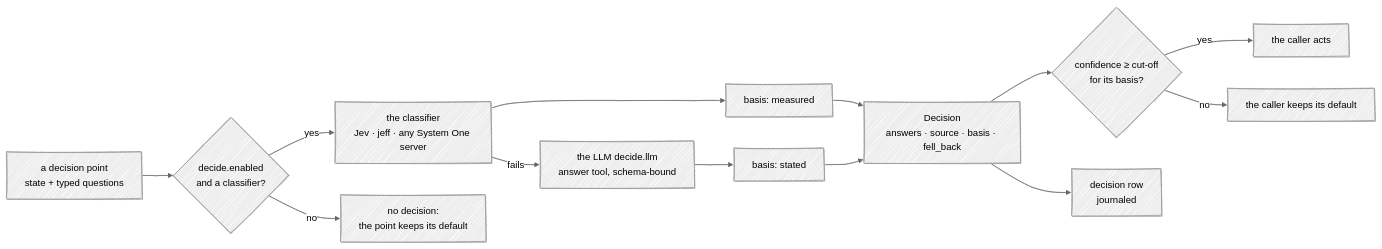
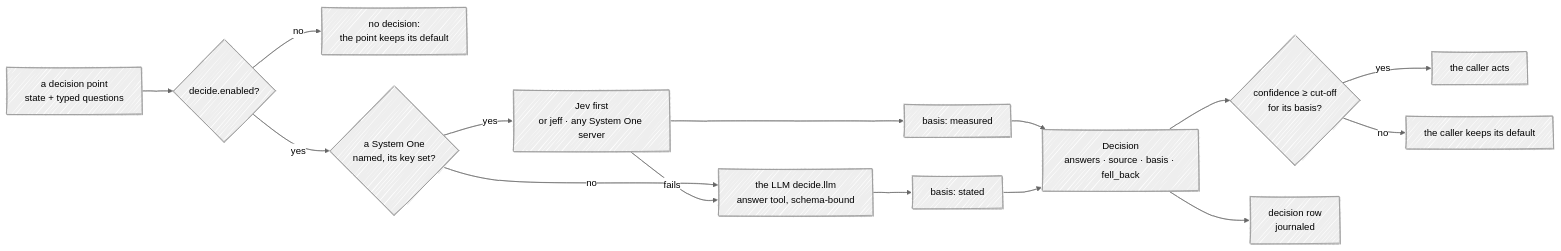
One commit to Kaginari/mnemorph changed the third of 3 diagrams in docs/05-architecture.md. Above: the diagram before and after it, drawn with Mermaid. The commit also changed other lines of this file and 10 other files, not shown here.

First line of the commit message:
decisions: Jev first, and the LLM answers when no System One is there

````diff
--- a/docs/05-architecture.md
+++ b/docs/05-architecture.md
@@ -1820,19 +1824,21 @@
 ```mermaid
 ---
 config:
   look: handDrawn
   theme: neutral
 ---
 flowchart LR
-    Q["a decision point<br/>state + typed questions"] --> V{"decide.enabled<br/>and a classifier?"}
-    V -- yes --> S["the classifier<br/>Jev · jeff · any System One server"]
+    Q["a decision point<br/>state + typed questions"] --> V{"decide.enabled?"}
     V -- no --> OFF["no decision:<br/>the point keeps its default"]
-    S -- fails --> L["the LLM decide.llm<br/>answer tool, schema-bound"]
+    V -- yes --> J{"a System One<br/>named, its key set?"}
+    J -- yes --> S["Jev first<br/>or jeff · any System One server"]
+    J -- no --> L["the LLM decide.llm<br/>answer tool, schema-bound"]
+    S -- fails --> L
     S --> M["basis: measured"]
     L --> T["basis: stated"]
     M & T --> D["Decision<br/>answers · source · basis · fell_back"]
     D --> C{"confidence ≥ cut-off<br/>for its basis?"}
     C -- yes --> A["the caller acts"]
     C -- no --> K["the caller keeps its default"]
     D --> R["decision row<br/>journaled"]
 ```
````
